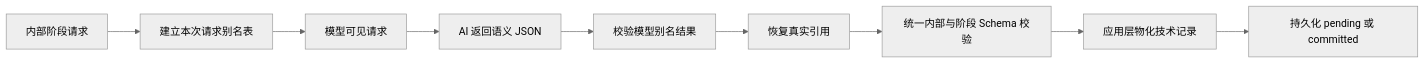
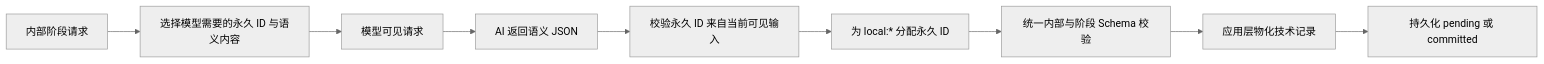
Before and after one commit to LastEmbryo2950618641/WorldSeed: the diagram in docs/model-protocol-boundary.md, drawn with Mermaid (neutral theme). The commit also changed other lines of this file and 159 other files, not shown here.

First line of the commit message:
feat(ai): add staged graph governance and recovery

````diff
--- a/docs/model-protocol-boundary.md
+++ b/docs/model-protocol-boundary.md
@@ -33,11 +34,11 @@
 ```mermaid
 flowchart LR
-  A[内部阶段请求] --> B[建立本次请求别名表]
+  A[内部阶段请求] --> B[选择模型需要的永久 ID 与语义内容]
   B --> C[模型可见请求]
   C --> D[AI 返回语义 JSON]
-  D --> E[校验模型别名结果]
-  E --> F[恢复真实引用]
+  D --> E[校验永久 ID 来自当前可见输入]
+  E --> F[为 local:* 分配永久 ID]
   F --> G[统一内部与阶段 Schema 校验]
   G --> H[应用层物化技术记录]
   H --> I[持久化 pending 或 committed]
 ```
````
